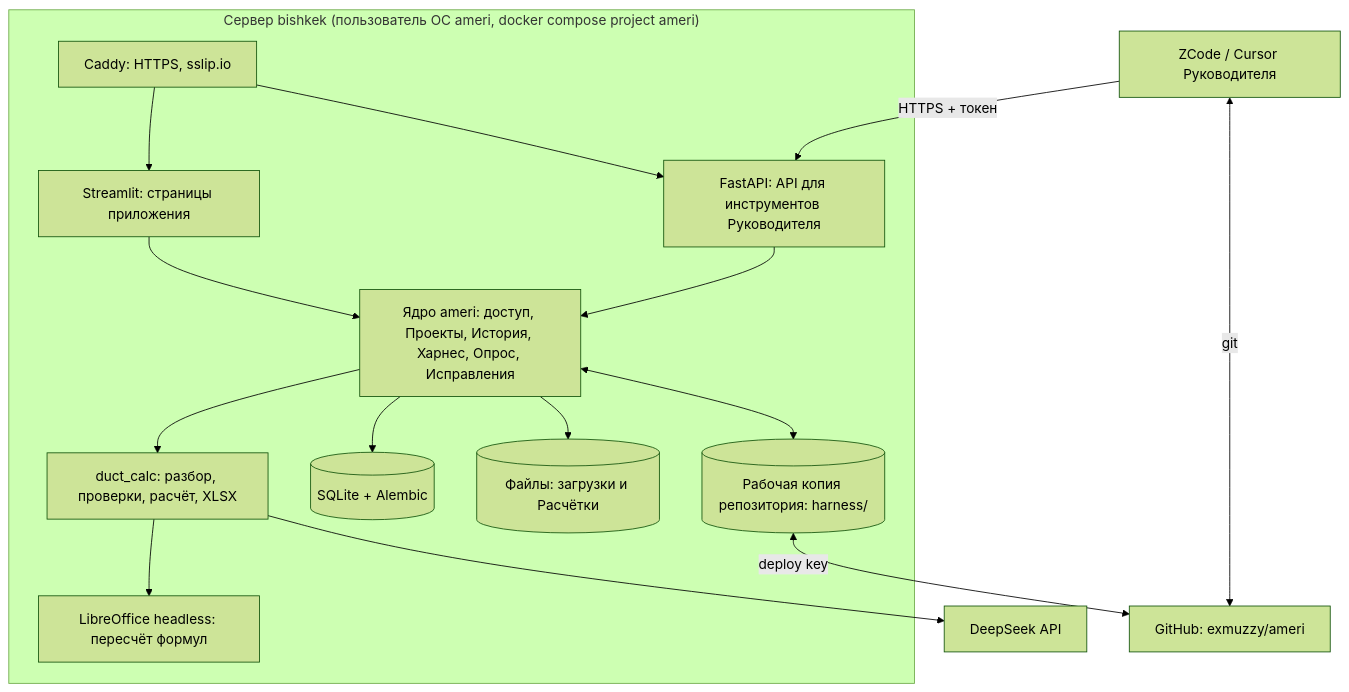
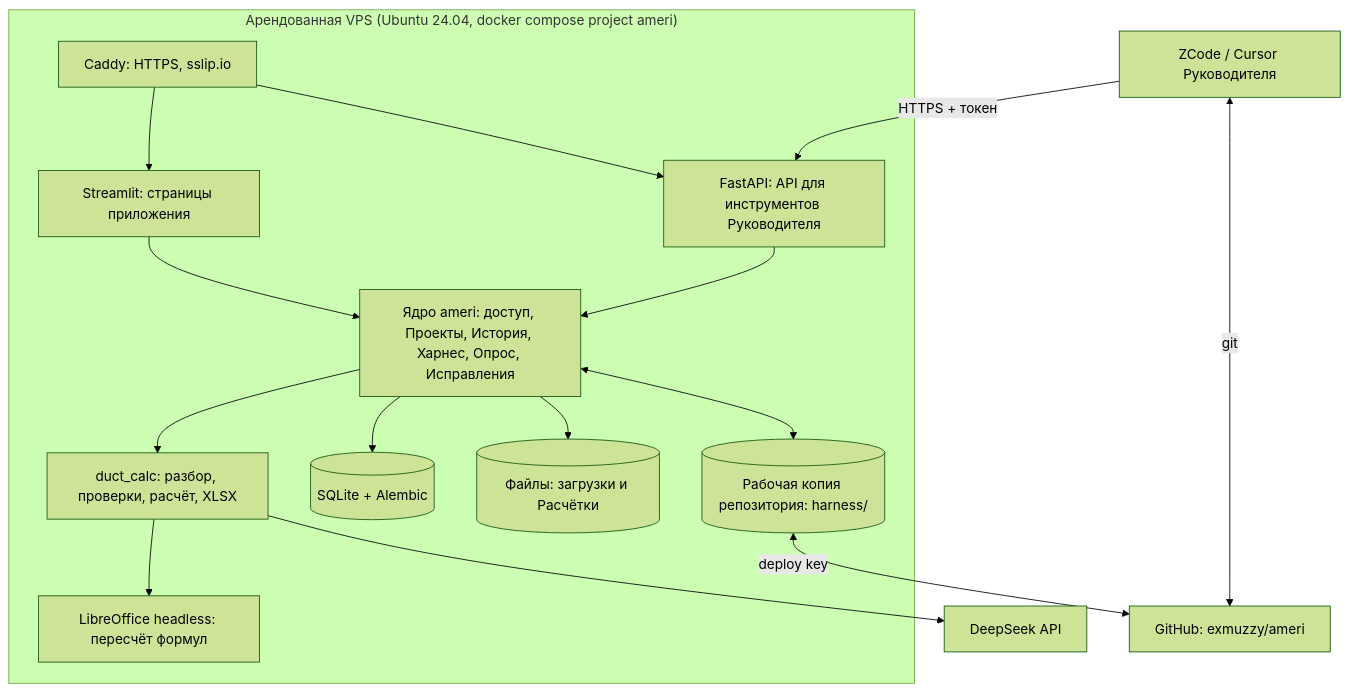
Before and after one commit to exmuzzy/ameri: the first of 2 diagrams in docs/plan.md, drawn with Mermaid (forest theme). The commit also changed other lines of this file and 3 other files, not shown here.

First line of the commit message:
Move deployment from bishkek to a dedicated rented VPS

````diff
--- a/docs/plan.md
+++ b/docs/plan.md
@@ -39,31 +39,31 @@
 ```mermaid
 flowchart TB
-    subgraph bishkek["Сервер bishkek (пользователь ОС ameri, docker compose project ameri)"]
+    subgraph vps["Арендованная VPS (Ubuntu 24.04, docker compose project ameri)"]
         PROXY[Caddy: HTTPS, sslip.io]
         UI[Streamlit: страницы приложения]
         API[FastAPI: API для инструментов Руководителя]
         CORE[Ядро ameri: доступ, Проекты, История, Харнес, Опрос, Исправления]
         DC[duct_calc: разбор, проверки, расчёт, XLSX]
         LO[LibreOffice headless: пересчёт формул]
         DB[(SQLite + Alembic)]
         FS[(Файлы: загрузки и Расчётки)]
         GIT[(Рабочая копия репозитория: harness/)]
     end
     DS[DeepSeek API]
     GH[GitHub: exmuzzy/ameri]
     LEAD[ZCode / Cursor Руководителя]
 
     PROXY --> UI
     PROXY --> API
     UI --> CORE
     API --> CORE
     CORE --> DC
     DC --> LO
     CORE --> DB
     CORE --> FS
     CORE <--> GIT
     DC --> DS
     GIT <-->|deploy key| GH
     LEAD -->|HTTPS + токен| API
     LEAD <-->|git| GH
 ```
````
